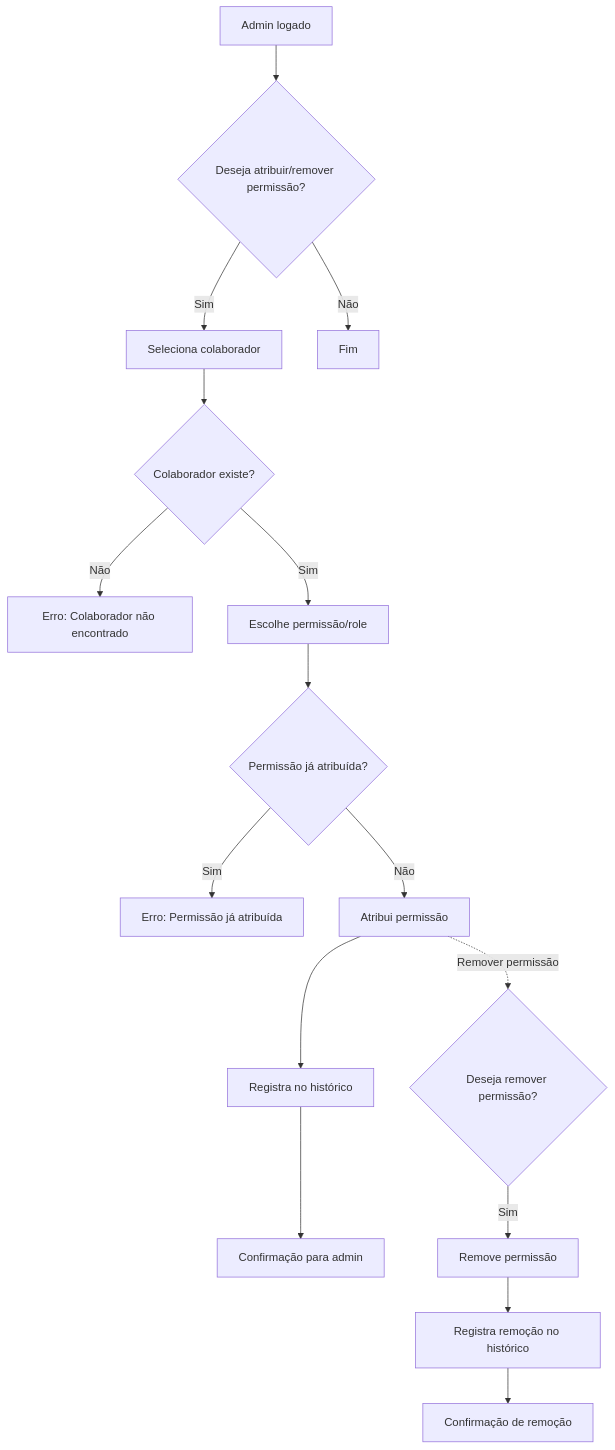
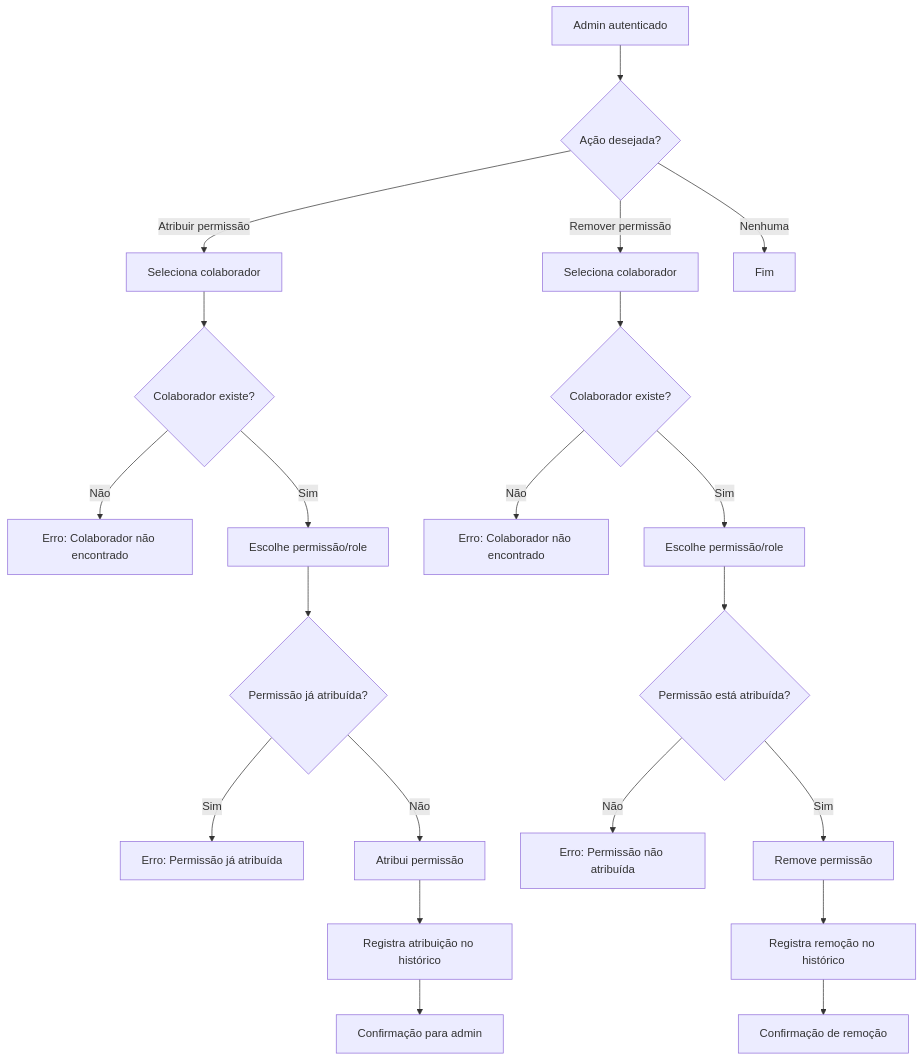
The second of 2 diagrams in ANALISE_MODELAGEM.md (ronaldo227/serralheria-api), drawn with Mermaid before and after one commit. The commit also changed other lines of this file, not shown here.

Commit message:
docs(modelagem): aprimora fluxo de permissões com ramificações claras e validações

````diff
--- a/ANALISE_MODELAGEM.md
+++ b/ANALISE_MODELAGEM.md
@@ -131,20 +132,27 @@
 ```mermaid
 flowchart TD
-  A[Admin logado] --> B{Deseja atribuir/remover permissão?}
-  B -- Sim --> C[Seleciona colaborador]
+  A[Admin autenticado] --> B{Ação desejada?}
+  B -- "Atribuir permissão" --> C[Seleciona colaborador]
+  B -- "Remover permissão" --> C2[Seleciona colaborador]
+  B -- "Nenhuma" --> Z[Fim]
+
+  %% Fluxo de atribuição
   C --> D{Colaborador existe?}
   D -- Não --> E1[Erro: Colaborador não encontrado]
   D -- Sim --> E[Escolhe permissão/role]
   E --> F{Permissão já atribuída?}
   F -- Sim --> G1[Erro: Permissão já atribuída]
   F -- Não --> H[Atribui permissão]
-  H --> I[Registra no histórico]
+  H --> I[Registra atribuição no histórico]
   I --> J[Confirmação para admin]
-  B -- Não --> K[Fim]
 
   %% Fluxo de remoção
-  H -. Remover permissão .-> L{Deseja remover permissão?}
-  L -- Sim --> M[Remove permissão]
-  M --> N[Registra remoção no histórico]
-  N --> O[Confirmação de remoção]
+  C2 --> D2{Colaborador existe?}
+  D2 -- Não --> E2[Erro: Colaborador não encontrado]
+  D2 -- Sim --> E3[Escolhe permissão/role]
+  E3 --> F2{Permissão está atribuída?}
+  F2 -- Não --> G2[Erro: Permissão não atribuída]
+  F2 -- Sim --> H2[Remove permissão]
+  H2 --> I2[Registra remoção no histórico]
+  I2 --> J2[Confirmação de remoção]
 ```
````
